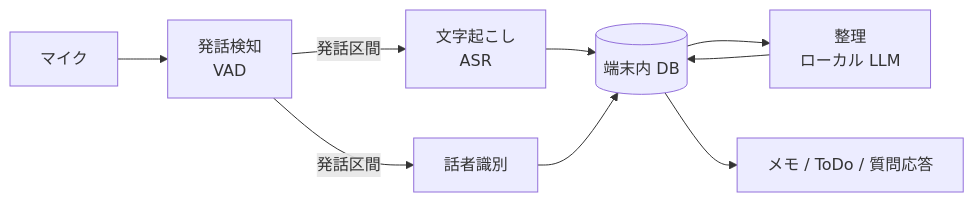
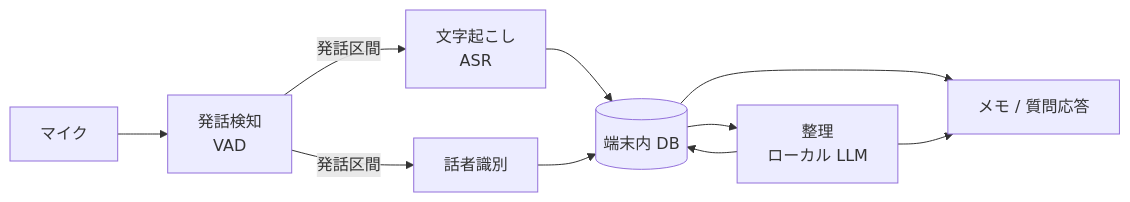
Before and after one commit to InoueDaiki/ambient-memo: the diagram in README.md, drawn with Mermaid. The commit also changed other lines of this file and 5 other files, not shown here.

````diff
--- a/README.md
+++ b/README.md
@@ -19,11 +18,12 @@
 ```mermaid
 flowchart LR
   mic[マイク] --> vad[発話検知<br/>VAD]
   vad -->|発話区間| asr[文字起こし<br/>ASR]
   vad -->|発話区間| spk[話者識別]
   asr --> db[(端末内 DB)]
   spk --> db
   db --> llm[整理<br/>ローカル LLM]
   llm --> db
-  db --> ui[メモ / ToDo / 質問応答]
+  db --> ui[メモ / 質問応答]
+  llm --> ui
 ```
````
